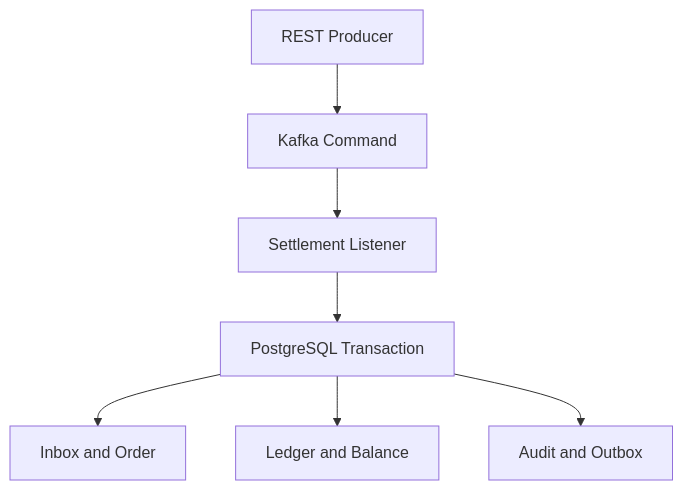
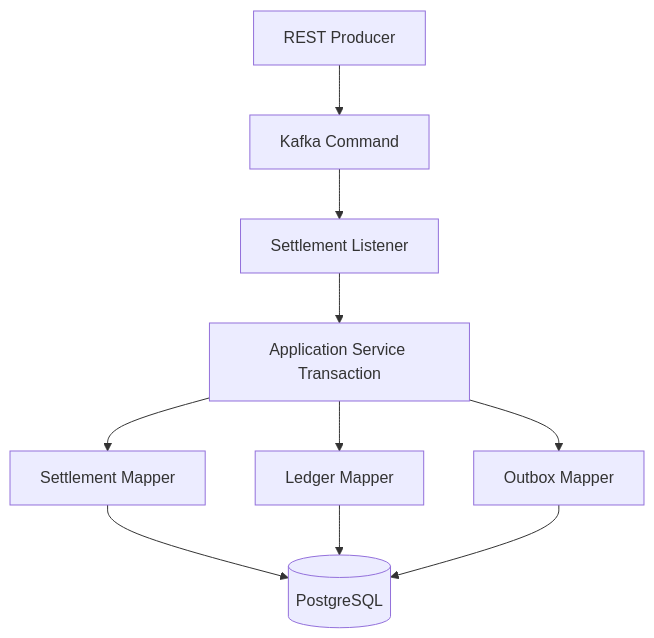
One commit to soldierking04d/fincore-reliability-lab changed the fourth of 4 diagrams in docs/architecture/overview.md. Above: the diagram before and after it, drawn with Mermaid. The commit also changed other lines of this file and 42 other files, not shown here.

````diff
--- a/docs/architecture/overview.md
+++ b/docs/architecture/overview.md
@@ -30,9 +47,12 @@
 ```mermaid
 flowchart TD
     A[REST Producer] --> B[Kafka Command]
     B --> C[Settlement Listener]
-    C --> D[PostgreSQL Transaction]
-    D --> E[Inbox and Order]
-    D --> F[Ledger and Balance]
-    D --> G[Audit and Outbox]
+    C --> D[Application Service Transaction]
+    D --> E[Settlement Mapper]
+    D --> F[Ledger Mapper]
+    D --> G[Outbox Mapper]
+    E --> H[(PostgreSQL)]
+    F --> H
+    G --> H
 ```
````
